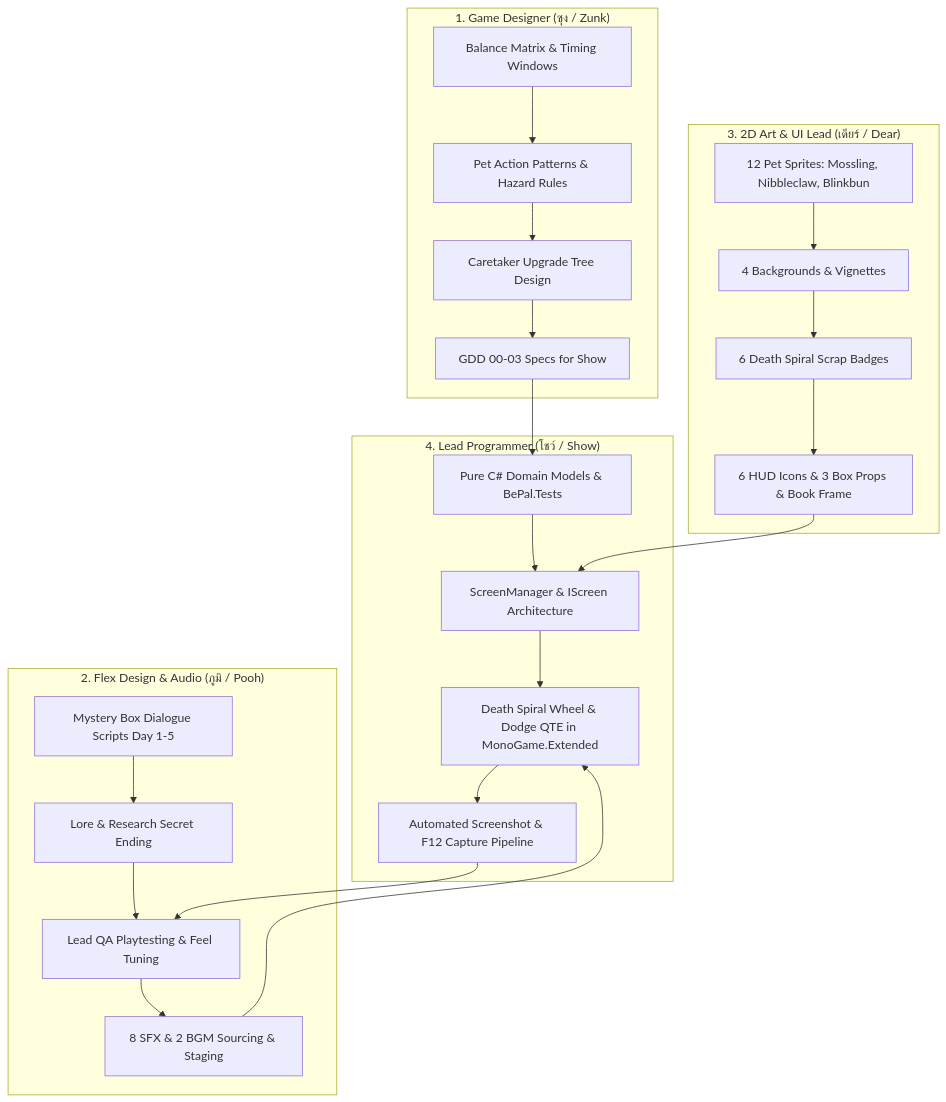
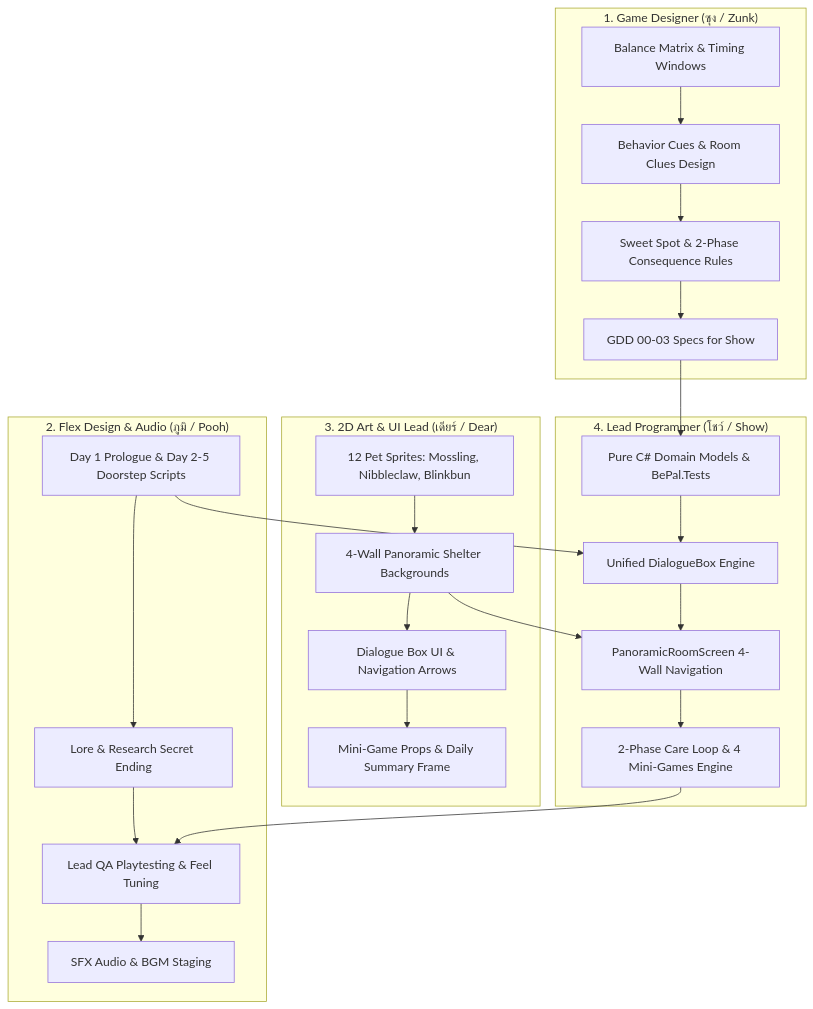
The first of 2 diagrams in BEPAL/Docs/Agile/03-kanban-board.md (SShoww/Your-Story), drawn with Mermaid before and after one commit. The commit also changed other lines of this file and 13 other files, not shown here.

First line of the commit message:
Align docs with 4-wall shelter design

````diff
--- a/BEPAL/Docs/Agile/03-kanban-board.md
+++ b/BEPAL/Docs/Agile/03-kanban-board.md
@@ -20,31 +20,31 @@
 ```mermaid
 flowchart TD
     subgraph Zunk_Design["1. Game Designer (ซุง / Zunk)"]
-        Z1[Balance Matrix & Timing Windows] --> Z2[Pet Action Patterns & Hazard Rules]
-        Z2 --> Z3[Caretaker Upgrade Tree Design]
+        Z1[Balance Matrix & Timing Windows] --> Z2[Behavior Cues & Room Clues Design]
+        Z2 --> Z3[Sweet Spot & 2-Phase Consequence Rules]
         Z3 --> Z4[GDD 00-03 Specs for Show]
     end
 
     subgraph Pooh_Flex["2. Flex Design & Audio (ภูมิ / Pooh)"]
-        P1[Mystery Box Dialogue Scripts Day 1-5] --> P2[Lore & Research Secret Ending]
+        P1[Day 1 Prologue & Day 2-5 Doorstep Scripts] --> P2[Lore & Research Secret Ending]
         P2 --> P3[Lead QA Playtesting & Feel Tuning]
-        P3 --> P4[8 SFX & 2 BGM Sourcing & Staging]
+        P3 --> P4[SFX Audio & BGM Staging]
     end
 
     subgraph Dear_Art["3. 2D Art & UI Lead (เดียร์ / Dear)"]
-        A1[12 Pet Sprites: Mossling, Nibbleclaw, Blinkbun] --> A2[4 Backgrounds & Vignettes]
-        A2 --> A3[6 Death Spiral Scrap Badges]
-        A3 --> A4[6 HUD Icons & 3 Box Props & Book Frame]
+        A1[12 Pet Sprites: Mossling, Nibbleclaw, Blinkbun] --> A2[4-Wall Panoramic Shelter Backgrounds]
+        A2 --> A3[Dialogue Box UI & Navigation Arrows]
+        A3 --> A4[Mini-Game Props & Daily Summary Frame]
     end
 
     subgraph Show_Tech["4. Lead Programmer (โชว์ / Show)"]
-        S1[Pure C# Domain Models & BePal.Tests] --> S2[ScreenManager & IScreen Architecture]
-        S2 --> S3[Death Spiral Wheel & Dodge QTE in MonoGame.Extended]
-        S3 --> S4[Automated Screenshot & F12 Capture Pipeline]
+        S1[Pure C# Domain Models & BePal.Tests] --> S2[Unified DialogueBox Engine]
+        S2 --> S3[PanoramicRoomScreen 4-Wall Navigation]
+        S3 --> S4[2-Phase Care Loop & 4 Mini-Games Engine]
     end
 
     Z4 --> S1
-    P4 --> S3
-    A4 --> S2
+    P1 --> S2
+    A2 --> S3
     S4 --> P3
 ```
````
